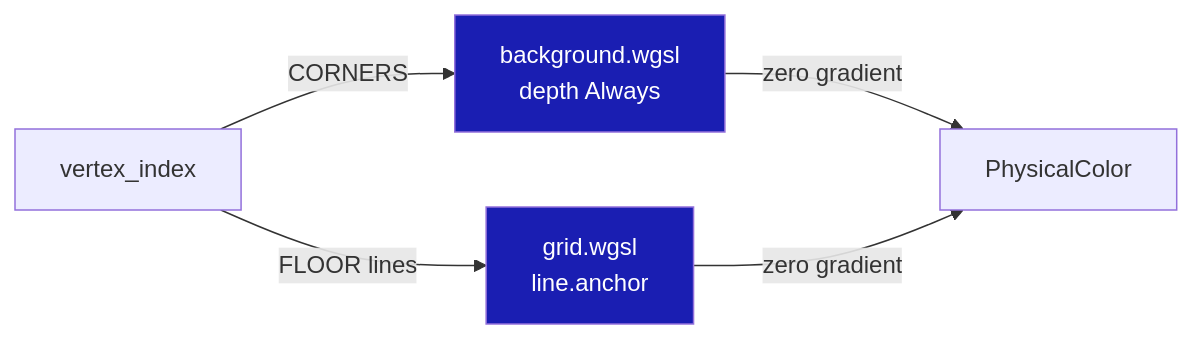
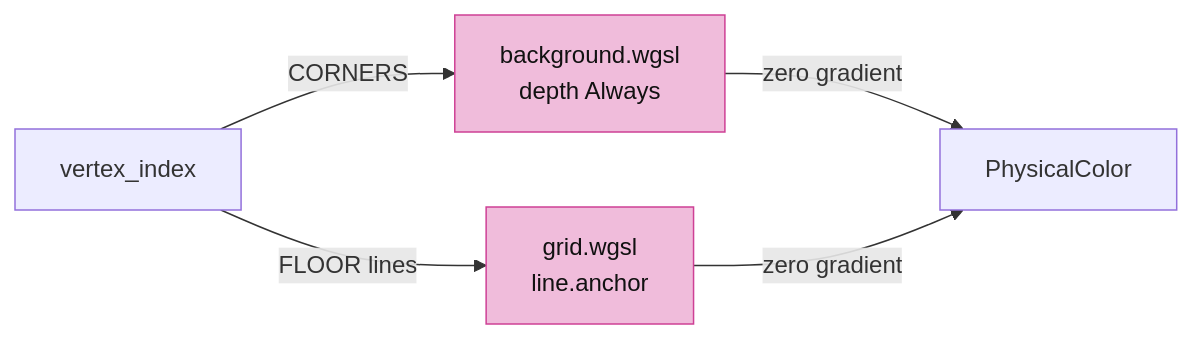
The third of 15 diagrams in session_viewer/docs/05-visibility.md (petrasvestartas/session), drawn with Mermaid before and after one commit. The commit also changed other lines of this file and 23 other files, not shown here.

Commit message:
Course: Mermaid nodes white with black text, highlighted nodes pink, white arrows and edge labels on the black ground

````diff
--- a/session_viewer/docs/05-visibility.md
+++ b/session_viewer/docs/05-visibility.md
@@ -50,8 +50,8 @@
 ```mermaid
 flowchart LR
     V["vertex_index"] -- "CORNERS" --> B["background.wgsl<br/>depth Always"]
     V -- "FLOOR lines" --> G["grid.wgsl<br/>line.anchor"]
     B & G -- "zero gradient" --> P["PhysicalColor"]
-    style B fill:#1a1eb2,color:#fff
-    style G fill:#1a1eb2,color:#fff
+    style B fill:#f0bcdb,stroke:#ce4095,color:#111
+    style G fill:#f0bcdb,stroke:#ce4095,color:#111
 ```
````
